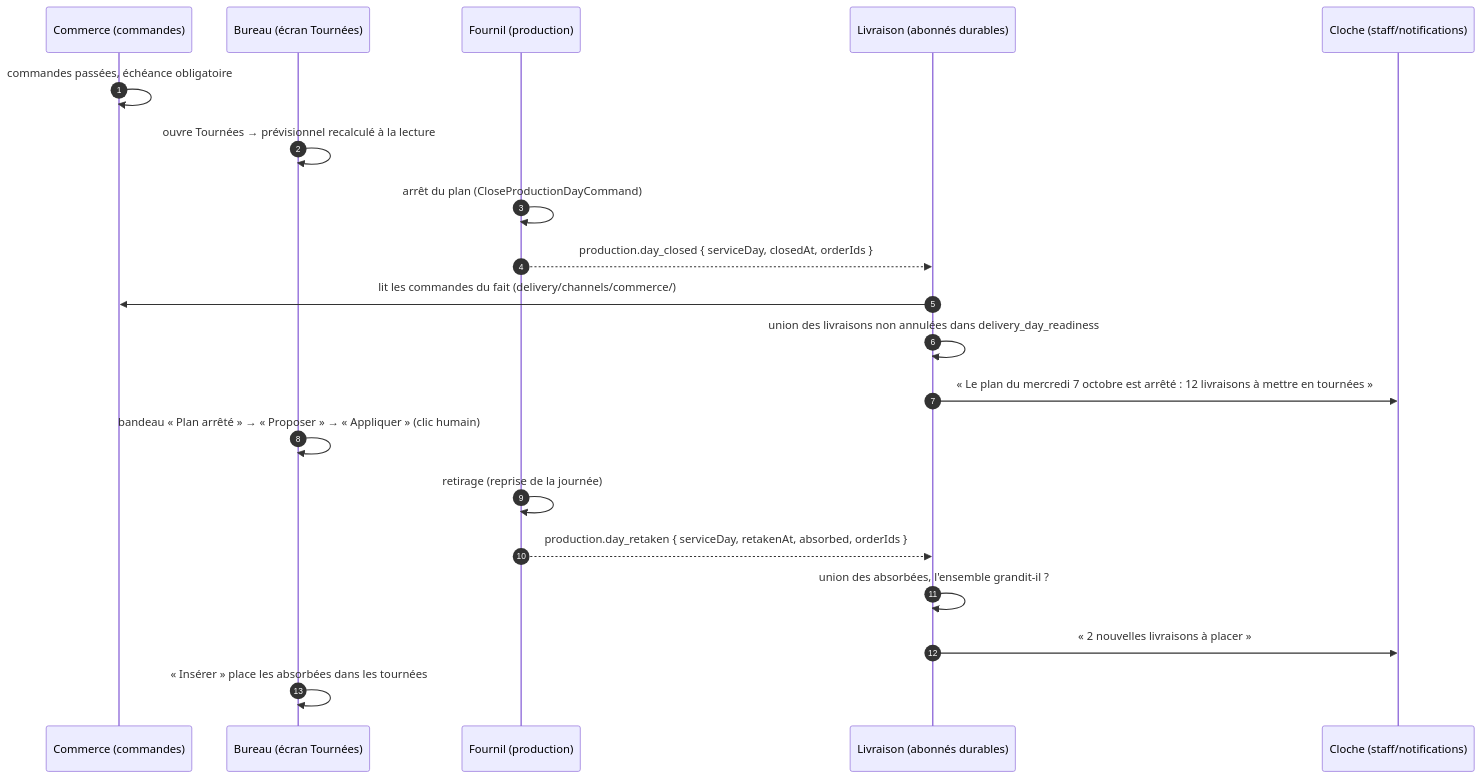
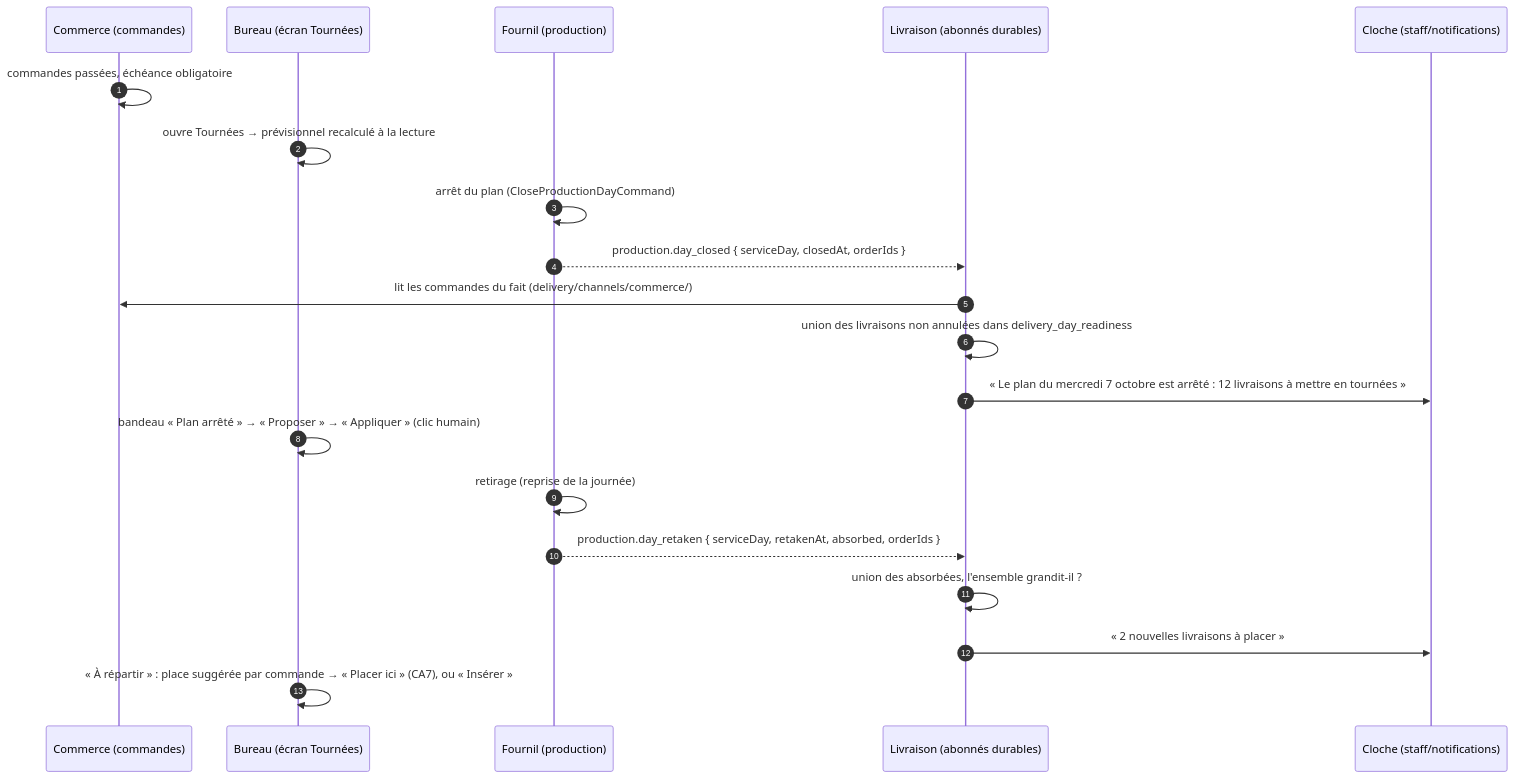
The first of 3 diagrams in documentation/livraisons/composition-automatique.md (hugoheynard/lfd), drawn with Mermaid before and after one commit. The commit also changed other lines of this file and 35 other files, not shown here.

First line of the commit message:
feat(livraison): une commande arrivée sur un jour déjà composé reçoit sa place suggérée (CA7)

````diff
--- a/documentation/livraisons/composition-automatique.md
+++ b/documentation/livraisons/composition-automatique.md
@@ -61,23 +61,23 @@
 ```mermaid
 sequenceDiagram
     autonumber
     participant C as Commerce (commandes)
     participant B as Bureau (écran Tournées)
     participant P as Fournil (production)
     participant D as Livraison (abonnés durables)
     participant N as Cloche (staff/notifications)
 
     C->>C: commandes passées, échéance obligatoire
     B->>B: ouvre Tournées → prévisionnel recalculé à la lecture
     P->>P: arrêt du plan (CloseProductionDayCommand)
     P-->>D: production.day_closed { serviceDay, closedAt, orderIds }
     D->>C: lit les commandes du fait (delivery/channels/commerce/)
     D->>D: union des livraisons non annulées dans delivery_day_readiness
     D->>N: « Le plan du mercredi 7 octobre est arrêté : 12 livraisons à mettre en tournées »
     B->>B: bandeau « Plan arrêté » → « Proposer » → « Appliquer » (clic humain)
     P->>P: retirage (reprise de la journée)
     P-->>D: production.day_retaken { serviceDay, retakenAt, absorbed, orderIds }
     D->>D: union des absorbées, l'ensemble grandit-il ?
     D->>N: « 2 nouvelles livraisons à placer »
-    B->>B: « Insérer » place les absorbées dans les tournées
+    B->>B: « À répartir » : place suggérée par commande → « Placer ici » (CA7), ou « Insérer »
 ```
````
